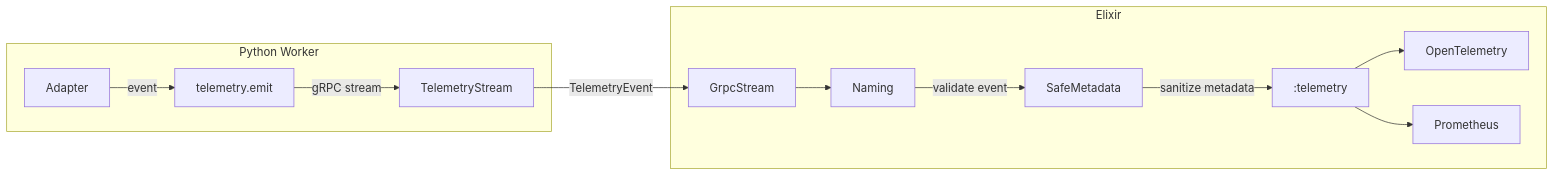
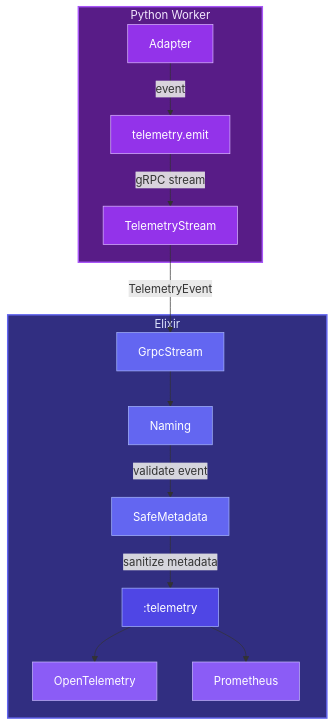
One commit to nshkrdotcom/snakepit changed the seventh of 12 diagrams in DIAGRAMS.md. Above: the diagram before and after it, drawn with Mermaid. The commit also changed other lines of this file and 8 other files, not shown here.

First line of the commit message:
docs: add machine learning protocols and implementation roadmap

````diff
--- a/DIAGRAMS.md
+++ b/DIAGRAMS.md
@@ -205,26 +239,40 @@
 ```mermaid
-flowchart LR
+flowchart TB
     subgraph Python["Python Worker"]
         PA[Adapter]
         TE[telemetry.emit]
         TS[TelemetryStream]
     end
 
     subgraph Elixir["Elixir"]
         GS[GrpcStream]
         NM[Naming]
         SM[SafeMetadata]
         TL[:telemetry]
         OT[OpenTelemetry]
         PM[Prometheus]
     end
 
     PA -->|event| TE
     TE -->|gRPC stream| TS
     TS -->|TelemetryEvent| GS
     GS --> NM
     NM -->|validate event| SM
     SM -->|sanitize metadata| TL
     TL --> OT
     TL --> PM
+
+    style Python fill:#581c87,stroke:#a855f7,stroke-width:2px,color:#f3e8ff
+    style Elixir fill:#312e81,stroke:#6366f1,stroke-width:2px,color:#e0e7ff
+
+    style PA fill:#9333ea,stroke:#d8b4fe,color:#fff
+    style TE fill:#9333ea,stroke:#d8b4fe,color:#fff
+    style TS fill:#9333ea,stroke:#d8b4fe,color:#fff
+
+    style GS fill:#6366f1,stroke:#a5b4fc,color:#fff
+    style NM fill:#6366f1,stroke:#a5b4fc,color:#fff
+    style SM fill:#6366f1,stroke:#a5b4fc,color:#fff
+    style TL fill:#4f46e5,stroke:#a5b4fc,color:#fff
+    style OT fill:#8b5cf6,stroke:#c4b5fd,color:#fff
+    style PM fill:#8b5cf6,stroke:#c4b5fd,color:#fff
 ```
````
